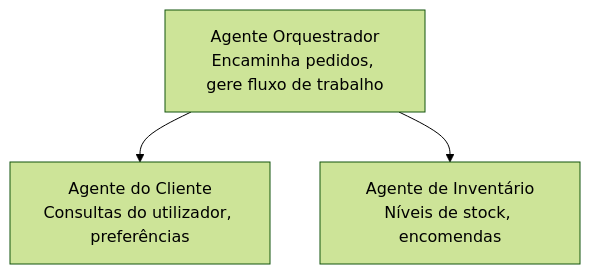
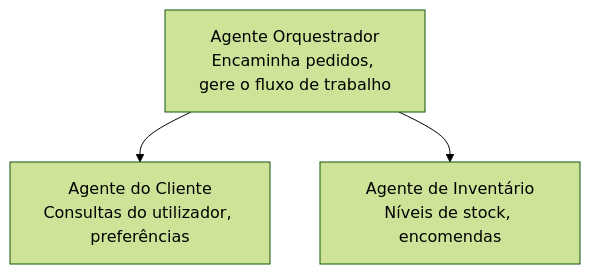
The diagram in translations/pt-PT/docs/chapter-05-multi-agent/README.md (microsoft/AZD-for-beginners), drawn with Mermaid (forest theme) before and after one commit. The commit also changed other lines of this file and 101 other files, not shown here.

````diff
--- a/translations/pt-PT/docs/chapter-05-multi-agent/README.md
+++ b/translations/pt-PT/docs/chapter-05-multi-agent/README.md
@@ -50,5 +52,5 @@
 ```mermaid
 graph TD
-    Orchestrator[Agente Orquestrador<br/>Encaminha pedidos, gere fluxo de trabalho] --> Customer[Agente do Cliente<br/>Consultas do utilizador, preferências]
+    Orchestrator[Agente Orquestrador<br/>Encaminha pedidos, gere o fluxo de trabalho] --> Customer[Agente do Cliente<br/>Consultas do utilizador, preferências]
     Orchestrator --> Inventory[Agente de Inventário<br/>Níveis de stock, encomendas]
 ```
````
